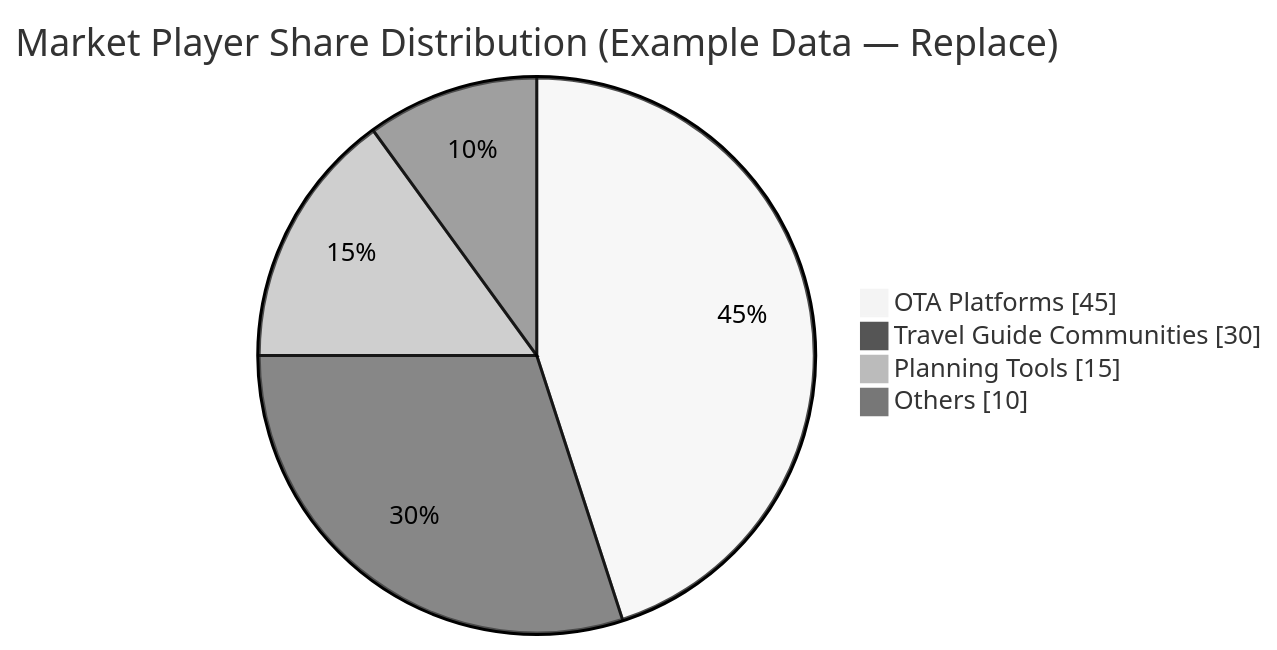
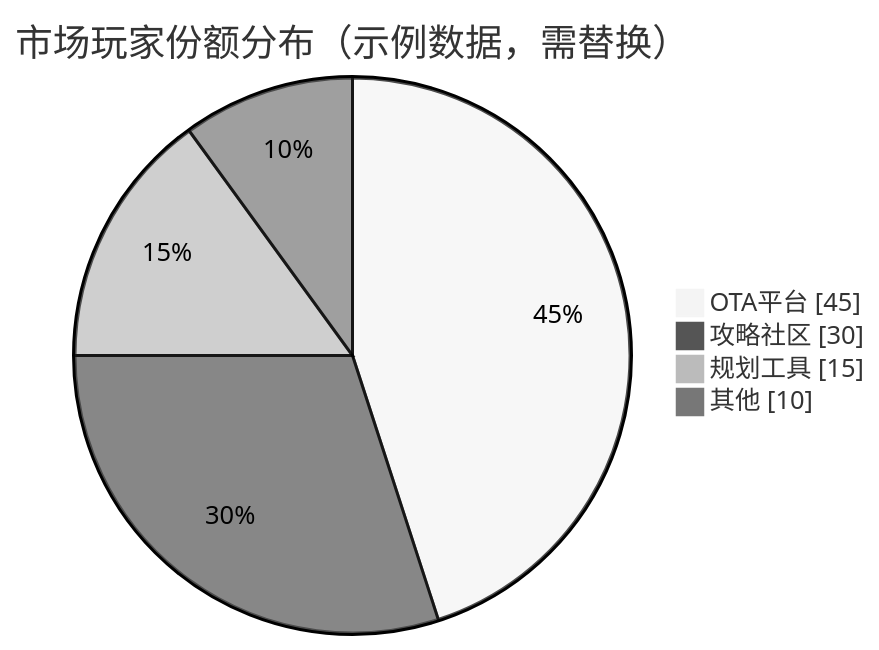
One commit to Kirky-X/cangjie changed the diagram in templates/Product/Strategy/Template-Competitive-Analysis.md. Above: the diagram before and after it, drawn with Mermaid (neutral theme). The commit also changed other lines of this file and 33 other files, not shown here.

````diff
--- a/templates/Product/Strategy/Template-Competitive-Analysis.md
+++ b/templates/Product/Strategy/Template-Competitive-Analysis.md
@@ -133,8 +133,8 @@
 ```mermaid
 pie showData
-  title Market Player Share Distribution (Example Data — Replace)
-  "OTA Platforms" : 45
-  "Travel Guide Communities" : 30
-  "Planning Tools" : 15
-  "Others" : 10
+  title 市场玩家份额分布（示例数据，需替换）
+  "OTA平台" : 45
+  "攻略社区" : 30
+  "规划工具" : 15
+  "其他" : 10
 ```
````
